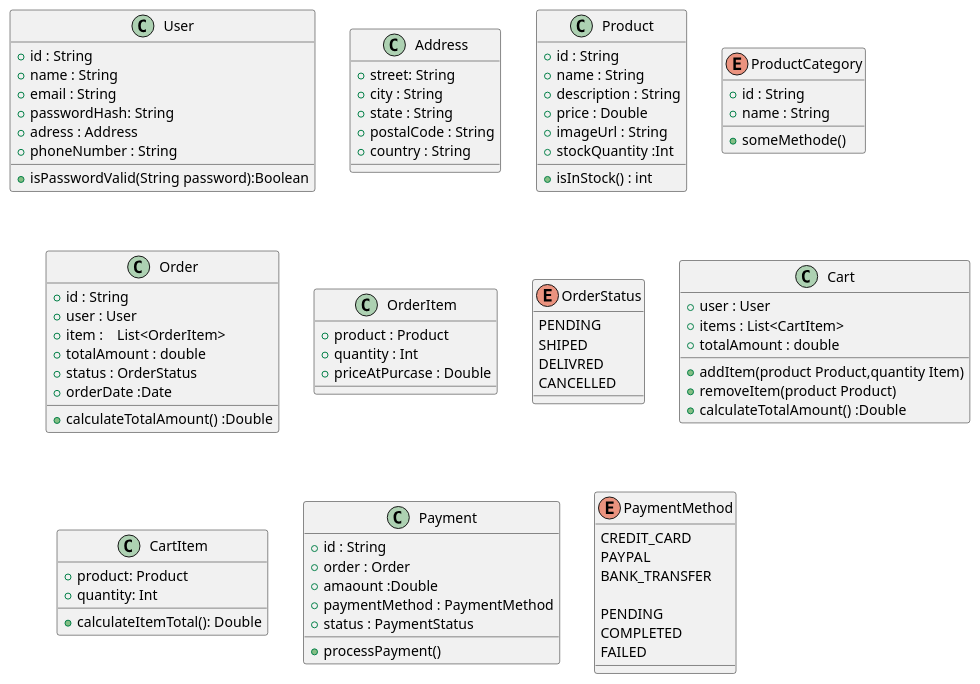
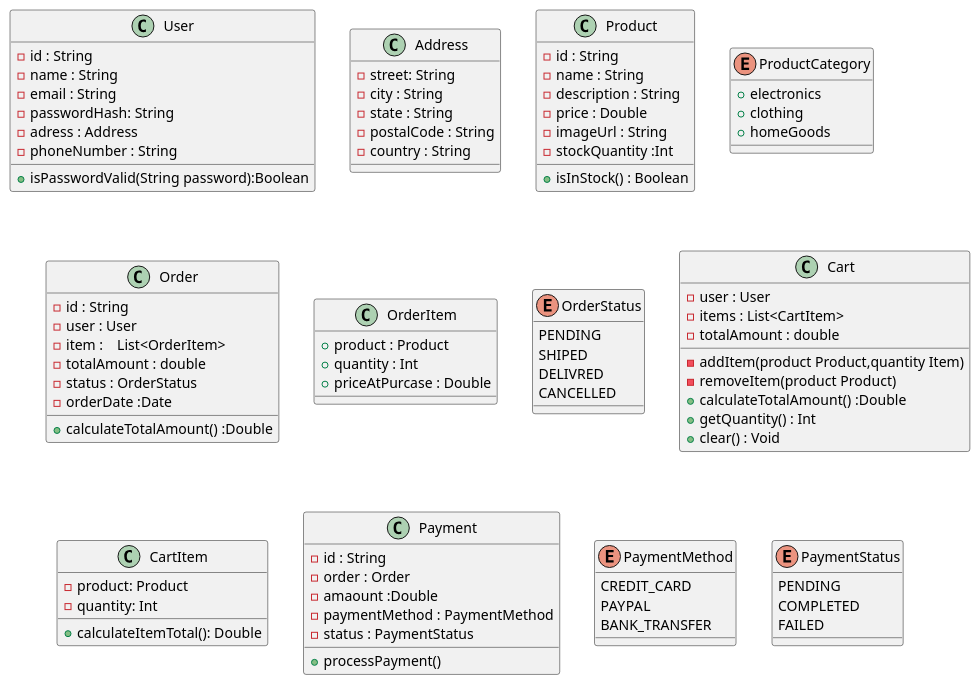
The diagram in urbanstore/design/model/urbanstore.pu (Shochan0713/UrbanStore), drawn with PlantUML before and after one commit. The commit also changed 1 other file, not shown here.

Commit message:
クラス図の変更

```diff
--- a/urbanstore/design/model/urbanstore.pu
+++ b/urbanstore/design/model/urbanstore.pu
@@ -1,195 +1,199 @@
 @startuml urbanstore
 ' ----------
 ' Model
 ' ----------
 ' ----------
 ' ユーザー関連クラス
 ' ----------
 ' ----------
 ' ユーザークラス
 ' ----------
 class User {
     ' ユーザーID
-    + id : String
+    - id : String
     ' ユーザー名
-    + name : String
+    - name : String
     ' メールアドレス
-    + email : String
+    - email : String
     ' ハッシュ化されたメールアドレス
-    + passwordHash: String
+    - passwordHash: String
     ' ユーザーの住所情報
-    + adress : Address
+    - adress : Address
     ' 電話番号
-    + phoneNumber : String
+    - phoneNumber : String
     ' パスワードのベリデータション
     + isPasswordValid(String password):Boolean
 }
 ' ----------
 ' アドレスクラス
 ' ----------
 class Address {
     ' 通り名
-    + street: String
+    - street: String
     ' 市区町村名
-    + city : String
+    - city : String
     ' 都道府県
-    + state : String
+    - state : String
     ' 郵便番号
-    + postalCode : String
+    - postalCode : String
     ' 国
-    + country : String
+    - country : String
 }
 ' ----------
 ' 商品関連クラス
 ' ----------
 ' ----------
 ' Product
 ' ----------
 class Product {
     ' 商品ID
-    + id : String
+    - id : String
     ' 商品名
-    + name : String
+    - name : String
     ' 商品の説明
-    + description : String
+    - description : String
     ' 商品の価格
-    + price : Double
+    - price : Double
     ' 商品画像のURL
-    + imageUrl : String
+    - imageUrl : String
     ' 商品カテゴリ
-    + stockQuantity :Int
+    - stockQuantity :Int
     ' 在庫チェック
-    + isInStock() : int
+    + isInStock() : Boolean
 }
 ' ----------
 ' 商品カテゴリ Enum
 ' ----------
 enum ProductCategory {
-    ' カテゴリID
-    + id : String
-    ' カテゴリ名
-    + name : String
-    ' メソッド
-    + someMethode()
+    ' 電化製品
+    + electronics
+    ' 服
+    + clothing
+    ' 家庭用品
+    + homeGoods
 }
 ' ----------
 ' 注文関連クラス
 ' ----------
 ' ----------
 ' 注文に関する情報クラス
 ' ----------
 class Order {
     ' 注文ID
-    + id : String
+    - id : String
     ' 注文を行ったユーザー
-    + user : User
+    - user : User
     ' 注文商品リスト
-    + item :　List<OrderItem>
+    - item :　List<OrderItem>
     ' 注文の総額
-    + totalAmount : double
+    - totalAmount : double
     ' 注文ステータス
-    + status : OrderStatus
+    - status : OrderStatus
     ' 注文日
-    + orderDate :Date
+    - orderDate :Date
     ' 総額計算メソッド
     + calculateTotalAmount() :Double
 }
 ' ----------
 ' 注文内の各商品を表すクラス
 ' ----------
 class OrderItem{
     ' 注文した商品
     + product : Product
     ' 注文数量
     + quantity : Int
     ' 購入時の価格
     + priceAtPurcase : Double
 }
 ' ----------
 ' 注文の状態を表すEnum
 ' ----------
 enum OrderStatus {
     ' 処理中
     PENDING
     ' 発送済み
     SHIPED
     ' 配送済み
     DELIVRED
     ' キャンセル済み
     CANCELLED
 }
 ' ----------
 ' カード関連クラス
 ' ----------
 ' ----------
 ' カード情報を表すクラス
 ' ----------
 class Cart {
     ' カードの所有者
-    + user : User
+    - user : User
     ' カート内の商品リスト
-    + items : List<CartItem>
+    - items : List<CartItem>
     ' カード内の商品総額
-    + totalAmount : double
+    - totalAmount : double
     ' 商品をカードに追加する
-    + addItem(product Product,quantity Item)
+    - addItem(product Product,quantity Item)
     ' カードから商品を削除する
-    + removeItem(product Product)
+    - removeItem(product Product)
     ' カート内の総額を計算する
     + calculateTotalAmount() :Double
+    ' 商品がカートに存在しない場合は0を返す
+    + getQuantity() : Int
+    ' カートのアイテムをクリア
+    + clear() : Void
 
 }
 ' ----------
 ' カート内の各商品を表すクラス。
 ' ----------
 class CartItem {
     ' カートに入れた商品
-    + product: Product
+    - product: Product
     ' 数量
-    + quantity: Int
+    - quantity: Int
     ' 商品ごとの総額を計算する
     + calculateItemTotal(): Double
 }
 ' ----------
 ' その他クラス
 ' ----------
 class Payment {
     ' 支払いID
-    + id : String
+    - id : String
     ' 対象の注文
-    + order : Order
+    - order : Order
     ' 支払い金額
-    + amaount :Double
+    - amaount :Double
     ' 支払い方法
-    + paymentMethod : PaymentMethod
+    - paymentMethod : PaymentMethod
     ' 支払いステータス
-    + status : PaymentStatus
+    - status : PaymentStatus
     ' 支払い処理を行う
     + processPayment()
 }
 ' ----------
 ' 注文詳細表示画面
 ' ----------
 enum PaymentMethod {
     ' クレジットカード
     CREDIT_CARD
     ' Paypal
     PAYPAL
     ' 銀行振込
     BANK_TRANSFER
 
 }
 ' ----------
 ' 注文詳細表示画面
 ' ----------
-enum PaymentMethod {
+enum PaymentStatus {
     ' 支払い待ち
     PENDING
     ' 支払い完了
     COMPLETED
     ' 支払い失敗
     FAILED
 
 }
 
 @enduml
```
